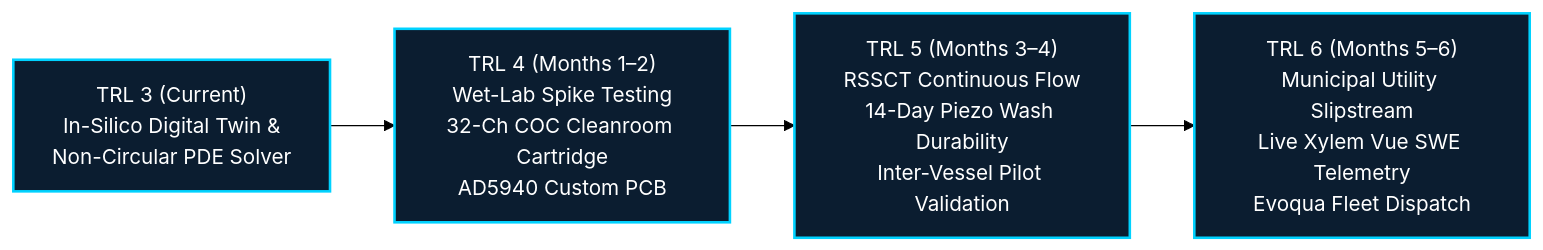
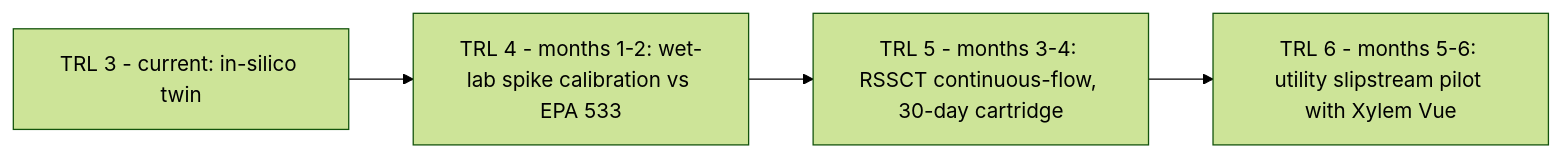
One commit to YSerhatTemel/pfas-sentinel changed the second of 2 diagrams in README.md. Above: the diagram before and after it, drawn with Mermaid (forest theme). The commit also changed other lines of this file, not shown here.

Commit message:
docs: fix README Mermaid rendering on GitHub and align figures with source code (economics, cartridge life, references)

````diff
--- a/README.md
+++ b/README.md
@@ -219,9 +161,6 @@
 ```mermaid
 flowchart LR
-    TRL3["TRL 3 (Current)<br/>In-Silico Digital Twin &<br/>Non-Circular PDE Solver"] --> TRL4["TRL 4 (Months 1–2)<br/>Wet-Lab Spike Testing<br/>32-Ch COC Cleanroom Cartridge<br/>AD5940 Custom PCB"]
-    TRL4 --> TRL5["TRL 5 (Months 3–4)<br/>RSSCT Continuous Flow<br/>14-Day Piezo Wash Durability<br/>Inter-Vessel Pilot Validation"]
-    TRL5 --> TRL6["TRL 6 (Months 5–6)<br/>Municipal Utility Slipstream<br/>Live Xylem Vue SWE Telemetry<br/>Evoqua Fleet Dispatch"]
-    
-    classDef step fill:#0B1D30,stroke:#00D2FF,stroke-width:2px,color:#fff;
-    class TRL3,TRL4,TRL5,TRL6 step;
+    T3["TRL 3 - current: in-silico twin"] --> T4["TRL 4 - months 1-2: wet-lab spike calibration vs EPA 533"]
+    T4 --> T5["TRL 5 - months 3-4: RSSCT continuous-flow, 30-day cartridge"]
+    T5 --> T6["TRL 6 - months 5-6: utility slipstream pilot with Xylem Vue"]
 ```
````
